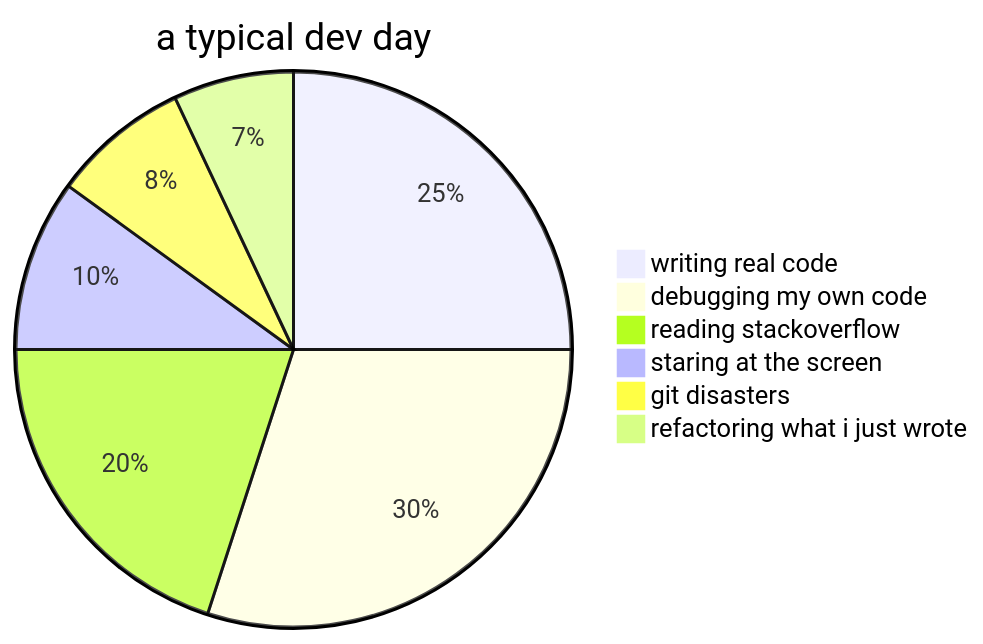
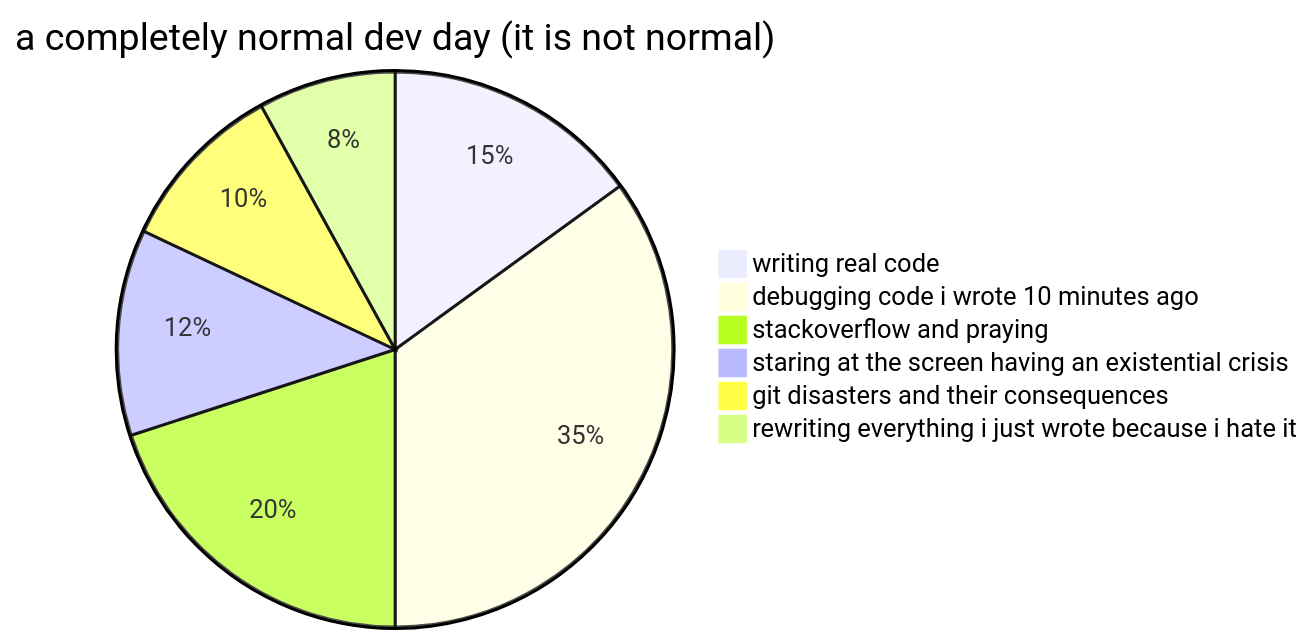
Before and after one commit to 3bdoKH/3bdoKH: the first of 3 diagrams in README.md, drawn with Mermaid. The commit also changed other lines of this file, not shown here.

````diff
--- a/README.md
+++ b/README.md
@@ -32,9 +33,9 @@
 ```mermaid
-pie title a typical dev day
-    "writing real code" : 25
-    "debugging my own code" : 30
-    "reading stackoverflow" : 20
-    "staring at the screen" : 10
-    "git disasters" : 8
-    "refactoring what i just wrote" : 7
+pie title a completely normal dev day (it is not normal)
+    "writing real code" : 15
+    "debugging code i wrote 10 minutes ago" : 35
+    "stackoverflow and praying" : 20
+    "staring at the screen having an existential crisis" : 12
+    "git disasters and their consequences" : 10
+    "rewriting everything i just wrote because i hate it" : 8
 ```
````
